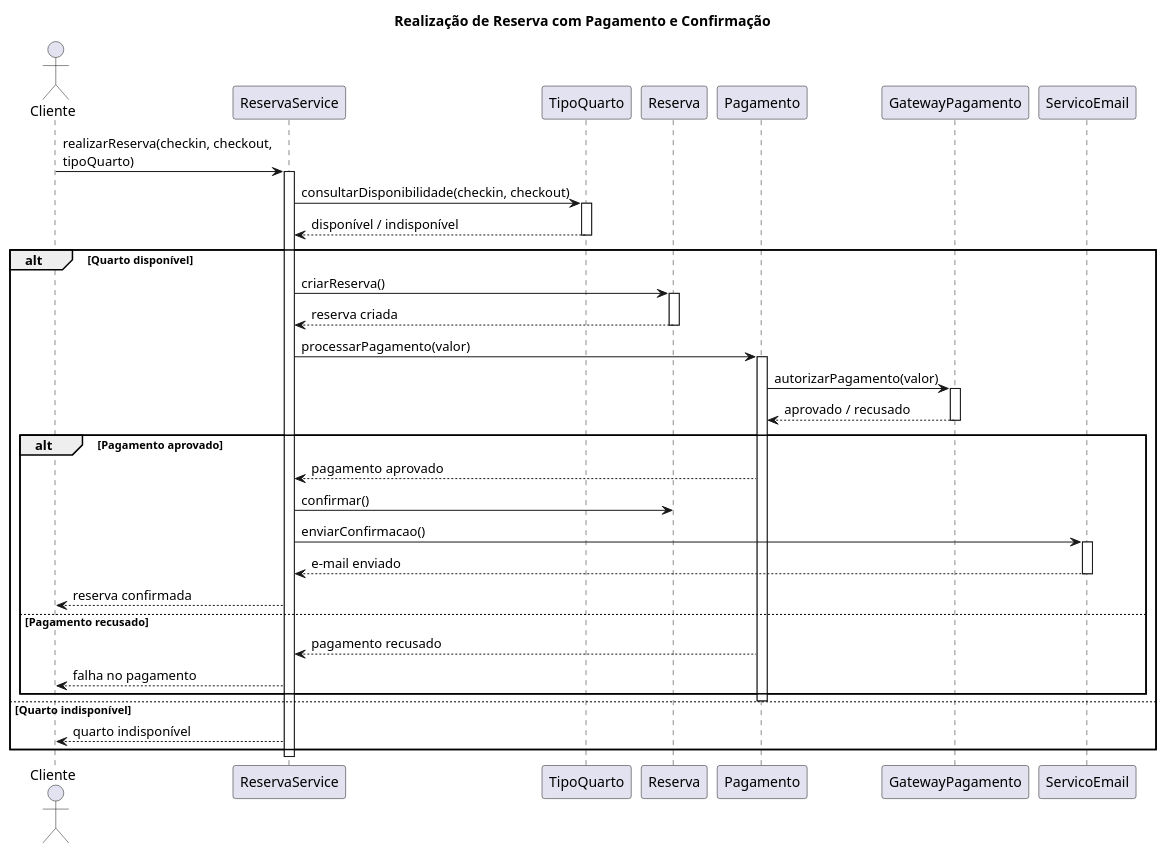
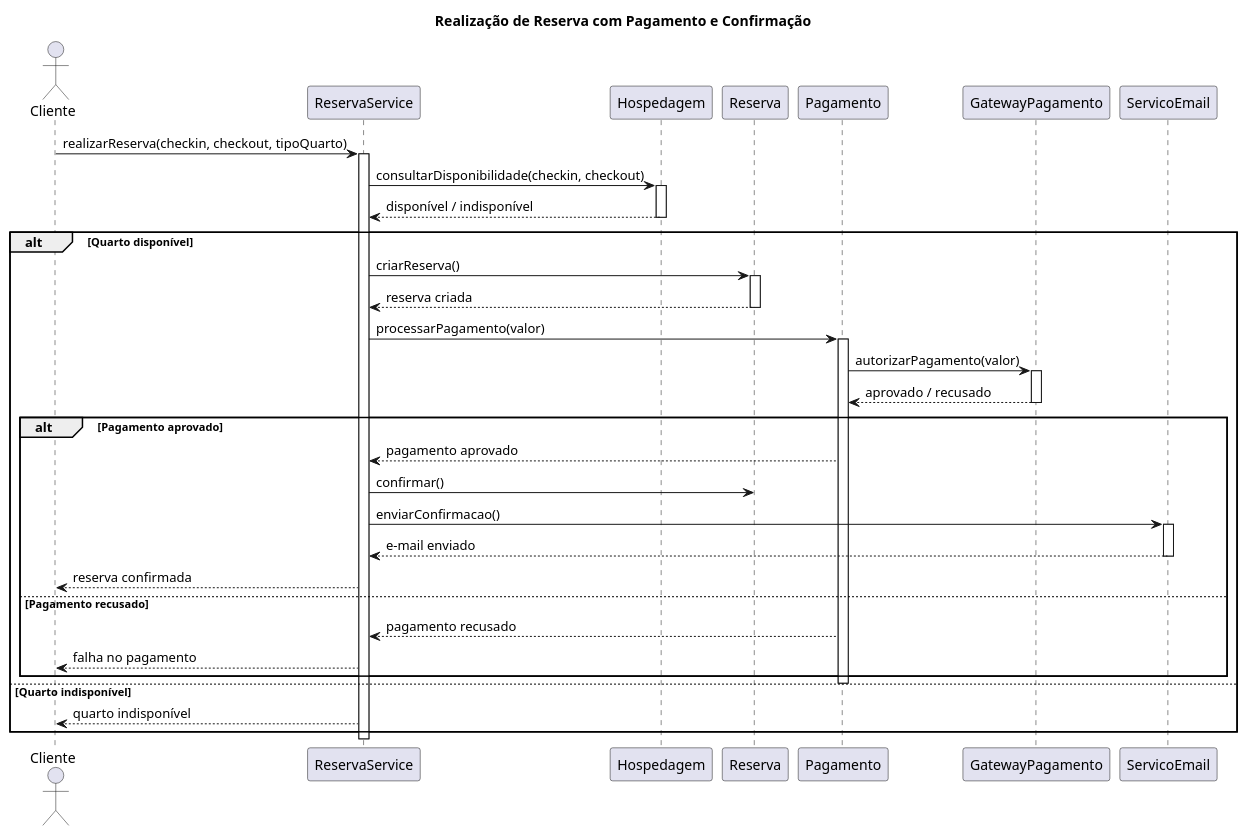
Before and after one commit to BccMaterial/ES-T3: the diagram in plantuml/comportamental-fatia1.puml, drawn with PlantUML. The commit also changed 1 other file, not shown here.

```diff
--- a/plantuml/comportamental-fatia1.puml
+++ b/plantuml/comportamental-fatia1.puml
@@ -1,73 +1,73 @@
 @startuml
 title Realização de Reserva com Pagamento e Confirmação
 
 actor Cliente
 
 participant "ReservaService" as ReservaService
-participant "TipoQuarto" as TipoQuarto
+participant "Hospedagem" as Hospedagem
 participant "Reserva" as Reserva
 participant "Pagamento" as Pagamento
 participant "GatewayPagamento" as Gateway
 participant "ServicoEmail" as Email
 
-Cliente -> ReservaService : realizarReserva(checkin, checkout,\ntipoQuarto)
+Cliente -> ReservaService : realizarReserva(checkin, checkout, tipoQuarto)
 
 activate ReservaService
 
-ReservaService -> TipoQuarto : consultarDisponibilidade(checkin, checkout)
+ReservaService -> Hospedagem : consultarDisponibilidade(checkin, checkout)
 
-activate TipoQuarto
-TipoQuarto --> ReservaService : disponível / indisponível
-deactivate TipoQuarto
+activate Hospedagem
+Hospedagem --> ReservaService : disponível / indisponível
+deactivate Hospedagem
 
 alt Quarto disponível
 
     ReservaService -> Reserva : criarReserva()
     activate Reserva
 
     Reserva --> ReservaService : reserva criada
     deactivate Reserva
 
     ReservaService -> Pagamento : processarPagamento(valor)
 
     activate Pagamento
 
     Pagamento -> Gateway : autorizarPagamento(valor)
 
     activate Gateway
     Gateway --> Pagamento : aprovado / recusado
     deactivate Gateway
 
     alt Pagamento aprovado
 
         Pagamento --> ReservaService : pagamento aprovado
 
         ReservaService -> Reserva : confirmar()
 
         ReservaService -> Email : enviarConfirmacao()
 
         activate Email
         Email --> ReservaService : e-mail enviado
         deactivate Email
 
         ReservaService --> Cliente : reserva confirmada
 
     else Pagamento recusado
 
         Pagamento --> ReservaService : pagamento recusado
 
         ReservaService --> Cliente : falha no pagamento
 
     end
 
     deactivate Pagamento
 
 else Quarto indisponível
 
     ReservaService --> Cliente : quarto indisponível
 
 end
 
 deactivate ReservaService
 
 @enduml
```
